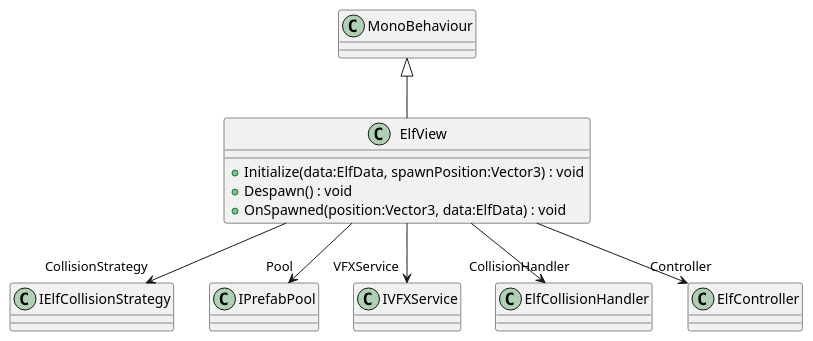
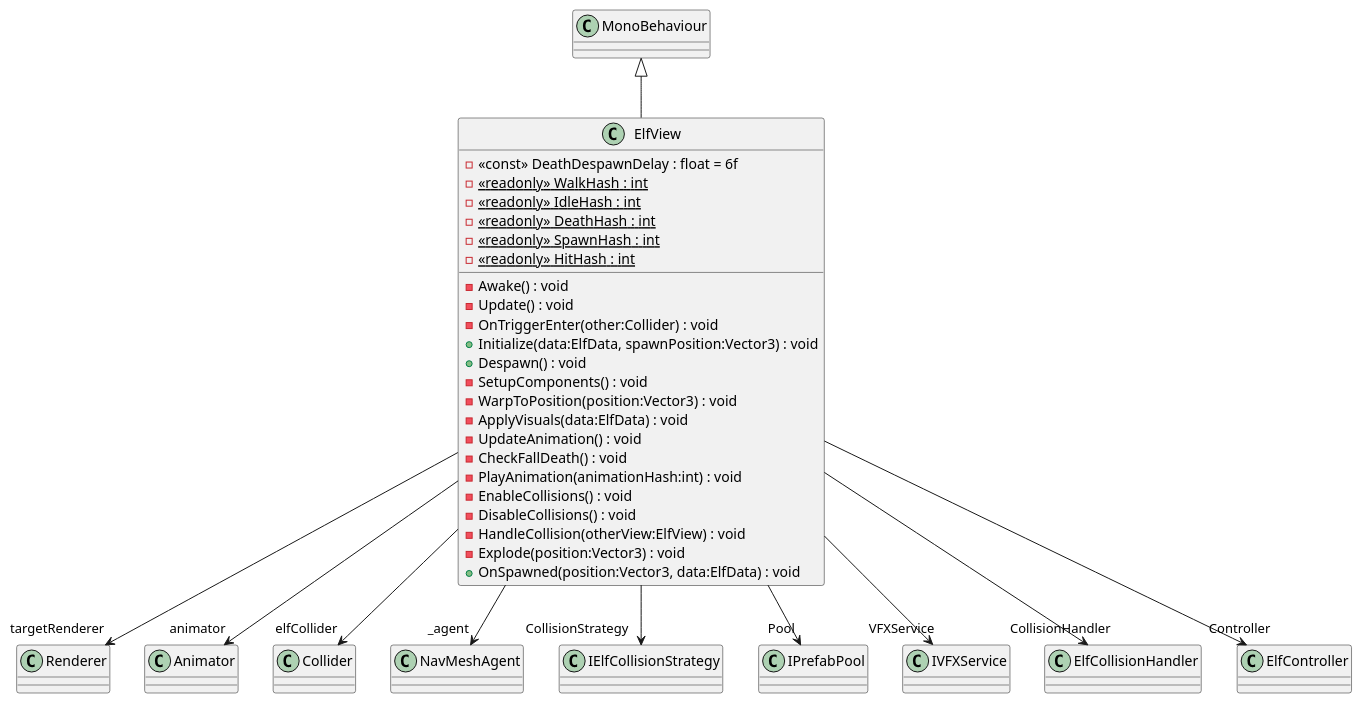
Before and after one commit to felipemmax/ExplodingElves: the diagram in puml/Assets/ExplodingElves/Scripts/Core/Characters/ElfView.puml, drawn with PlantUML. The commit also changed 97 other files, not shown here.

```diff
--- a/puml/Assets/ExplodingElves/Scripts/Core/Characters/ElfView.puml
+++ b/puml/Assets/ExplodingElves/Scripts/Core/Characters/ElfView.puml
@@ -1,13 +1,36 @@
 @startuml
 class ElfView {
+    - <<const>> DeathDespawnDelay : float = 6f
+    - {static} <<readonly>> WalkHash : int
+    - {static} <<readonly>> IdleHash : int
+    - {static} <<readonly>> DeathHash : int
+    - {static} <<readonly>> SpawnHash : int
+    - {static} <<readonly>> HitHash : int
+    - Awake() : void
+    - Update() : void
+    - OnTriggerEnter(other:Collider) : void
     + Initialize(data:ElfData, spawnPosition:Vector3) : void
     + Despawn() : void
+    - SetupComponents() : void
+    - WarpToPosition(position:Vector3) : void
+    - ApplyVisuals(data:ElfData) : void
+    - UpdateAnimation() : void
+    - CheckFallDeath() : void
+    - PlayAnimation(animationHash:int) : void
+    - EnableCollisions() : void
+    - DisableCollisions() : void
+    - HandleCollision(otherView:ElfView) : void
+    - Explode(position:Vector3) : void
     + OnSpawned(position:Vector3, data:ElfData) : void
 }
 MonoBehaviour <|-- ElfView
+ElfView --> "targetRenderer" Renderer
+ElfView --> "animator" Animator
+ElfView --> "elfCollider" Collider
+ElfView --> "_agent" NavMeshAgent
 ElfView --> "CollisionStrategy" IElfCollisionStrategy
 ElfView --> "Pool" IPrefabPool
 ElfView --> "VFXService" IVFXService
 ElfView --> "CollisionHandler" ElfCollisionHandler
 ElfView --> "Controller" ElfController
 @enduml
```
